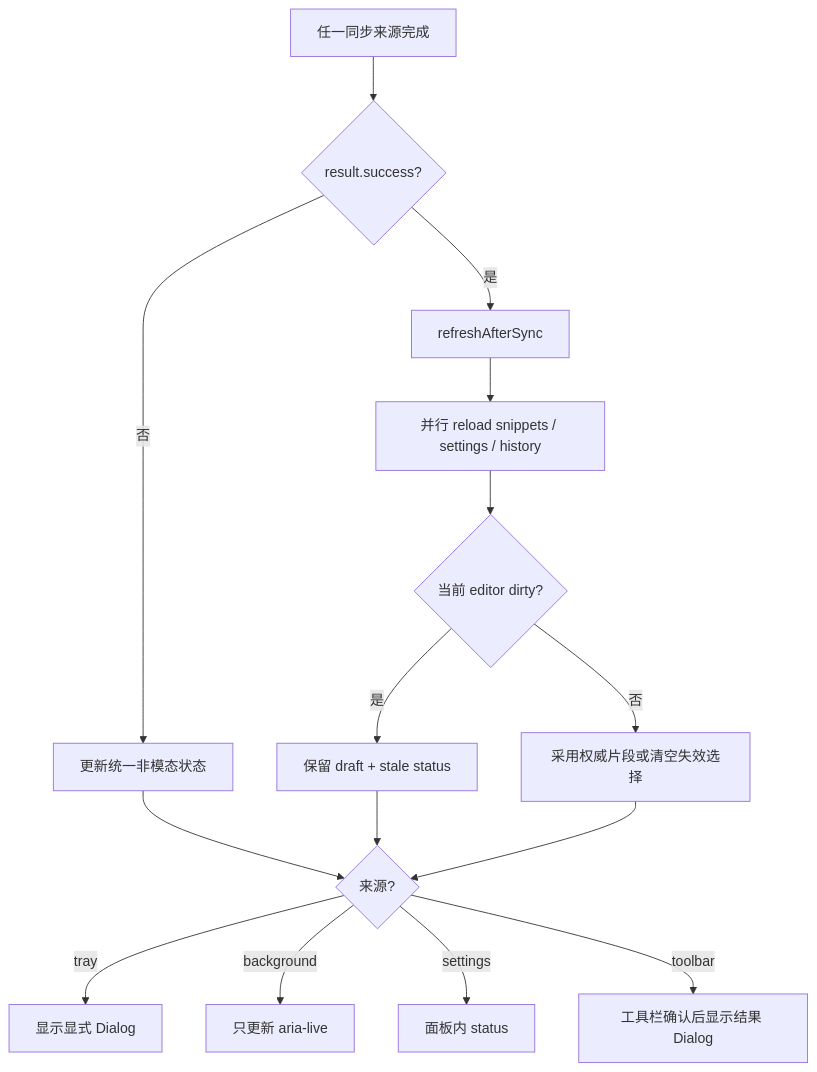
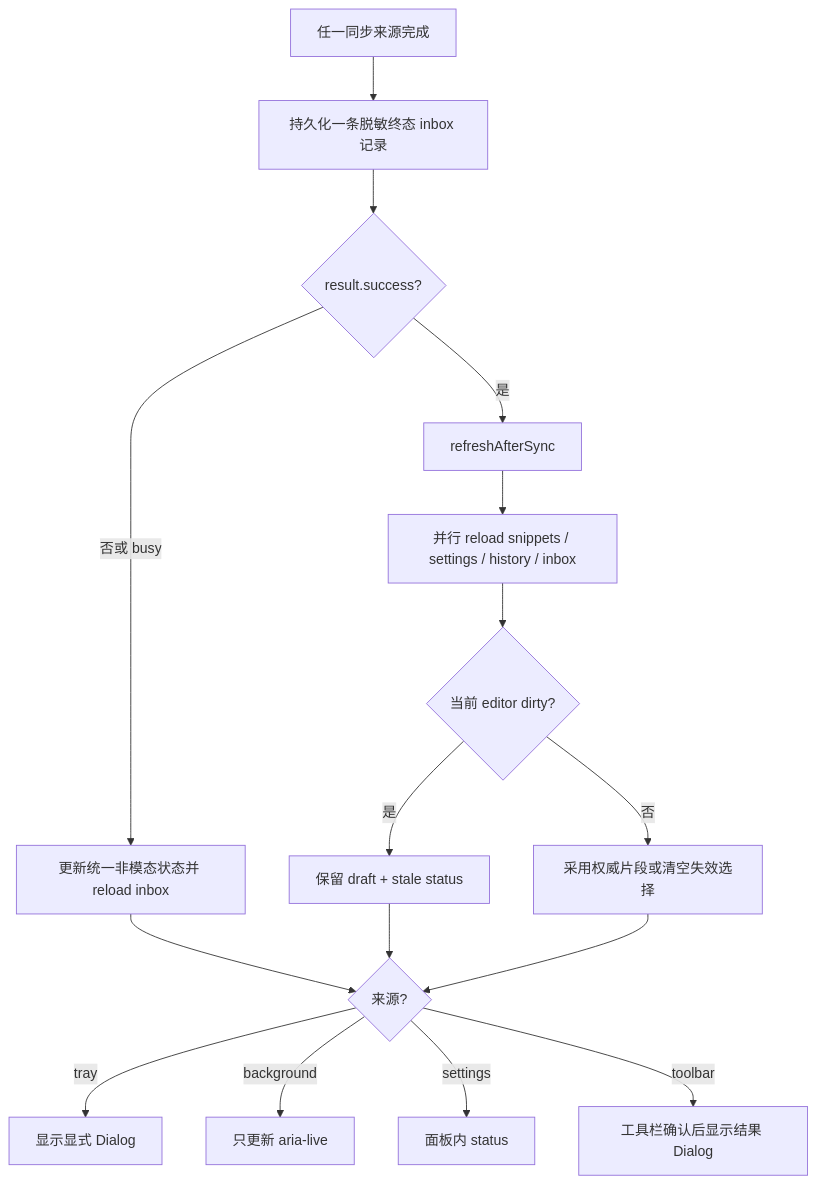
The sixth of 6 diagrams in docs/feature-design.md (rainerosion/snipvault), drawn with Mermaid before and after one commit. The commit also changed other lines of this file and 50 other files, not shown here.

````diff
--- a/docs/feature-design.md
+++ b/docs/feature-design.md
@@ -679,17 +743,18 @@
 ```mermaid
 flowchart TD
-    A[任一同步来源完成] --> B{result.success?}
-    B -- 否 --> C[更新统一非模态状态]
-    B -- 是 --> D[refreshAfterSync]
-    D --> E[并行 reload snippets / settings / history]
-    E --> F{当前 editor dirty?}
-    F -- 是 --> G[保留 draft + stale status]
-    F -- 否 --> H[采用权威片段或清空失效选择]
-    C --> I{来源?}
-    G --> I
-    H --> I
-    I -- tray --> J[显示显式 Dialog]
-    I -- background --> K[只更新 aria-live]
-    I -- settings --> L[面板内 status]
-    I -- toolbar --> M[工具栏确认后显示结果 Dialog]
+    A[任一同步来源完成] --> B[持久化一条脱敏终态 inbox 记录]
+    B --> C{result.success?}
+    C -- 否或 busy --> D[更新统一非模态状态并 reload inbox]
+    C -- 是 --> E[refreshAfterSync]
+    E --> F[并行 reload snippets / settings / history / inbox]
+    F --> G{当前 editor dirty?}
+    G -- 是 --> H[保留 draft + stale status]
+    G -- 否 --> I[采用权威片段或清空失效选择]
+    D --> J{来源?}
+    H --> J
+    I --> J
+    J -- tray --> K[显示显式 Dialog]
+    J -- background --> L[只更新 aria-live]
+    J -- settings --> M[面板内 status]
+    J -- toolbar --> N[工具栏确认后显示结果 Dialog]
 ```
````
